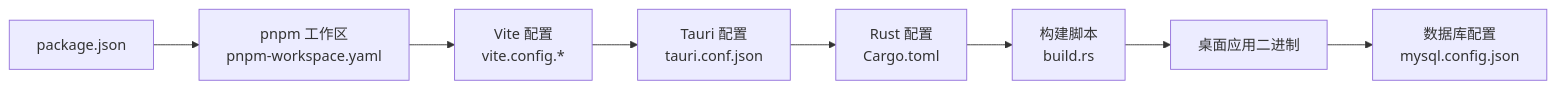
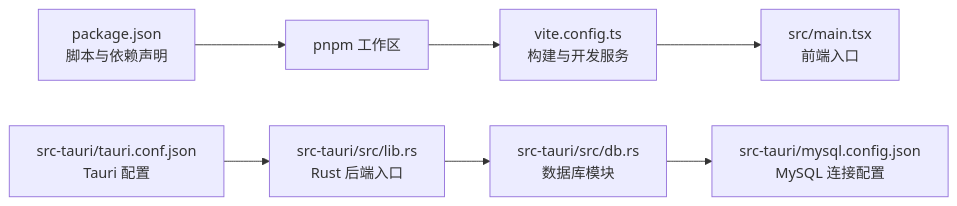
Before and after one commit to gzdxhujiale/FishWorker: the third of 3 diagrams in .qoder/repowiki/zh/content/开发指南/环境搭建.md, drawn with Mermaid. The commit also changed other lines of this file and 238 other files, not shown here.

````diff
--- a/.qoder/repowiki/zh/content/开发指南/环境搭建.md
+++ b/.qoder/repowiki/zh/content/开发指南/环境搭建.md
@@ -202,10 +200,9 @@
 ```mermaid
 graph LR
-Pkg["package.json"] --> PNPM["pnpm 工作区<br/>pnpm-workspace.yaml"]
-PNPM --> ViteCfg["Vite 配置<br/>vite.config.*"]
-ViteCfg --> TauriConf["Tauri 配置<br/>tauri.conf.json"]
-TauriConf --> CargoCfg["Rust 配置<br/>Cargo.toml"]
-CargoCfg --> BuildRs["构建脚本<br/>build.rs"]
-BuildRs --> AppBin["桌面应用二进制"]
-AppBin --> DBConf["数据库配置<br/>mysql.config.json"]
+PJSON["package.json<br/>脚本与依赖声明"] --> PNPM["pnpm 工作区"]
+PNPM --> VCFG["vite.config.ts<br/>构建与开发服务"]
+VCFG --> MAIN["src/main.tsx<br/>前端入口"]
+TCONF["src-tauri/tauri.conf.json<br/>Tauri 配置"] --> RLIB["src-tauri/src/lib.rs<br/>Rust 后端入口"]
+RLIB --> DBMOD["src-tauri/src/db.rs<br/>数据库模块"]
+DBMOD --> MCFG["src-tauri/mysql.config.json<br/>MySQL 连接配置"]
 ```
````
